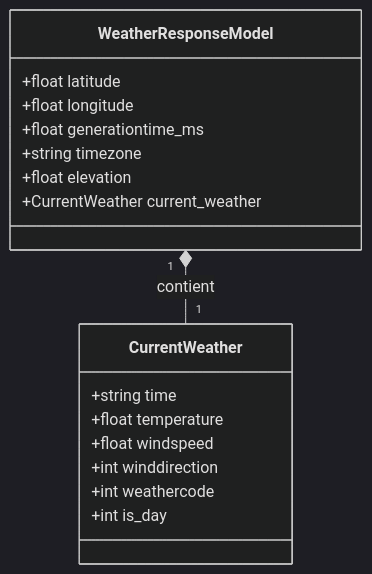
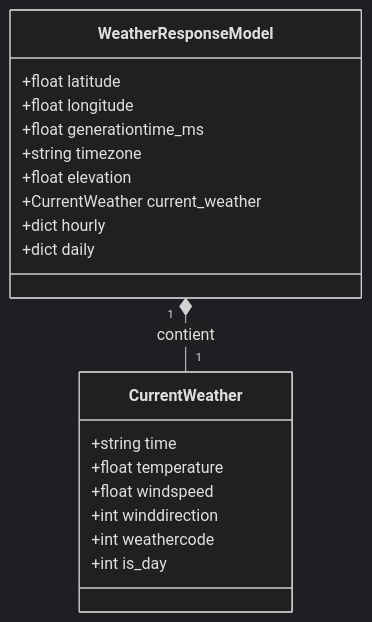
Before and after one commit to romainravasini-del/Projet-Meteo-HTTP-Request: the diagram in README.md, drawn with Mermaid (dark theme). The commit also changed other lines of this file and 3 other files, not shown here.

Commit message:
feat: upgrade Pydantic schemas, integrate python-dotenv, and update documentation

````diff
--- a/README.md
+++ b/README.md
@@ -11,24 +11,26 @@
 ```mermaid
 classDiagram
     direction TB
 
     class WeatherResponseModel {
         +float latitude
         +float longitude
         +float generationtime_ms
         +string timezone
         +float elevation
         +CurrentWeather current_weather
+        +dict hourly
+        +dict daily
     }
 
     class CurrentWeather {
         +string time
         +float temperature
         +float windspeed
         +int winddirection
         +int weathercode
         +int is_day
     }
 
     WeatherResponseModel "1" *-- "1" CurrentWeather : contient
 ```
````
